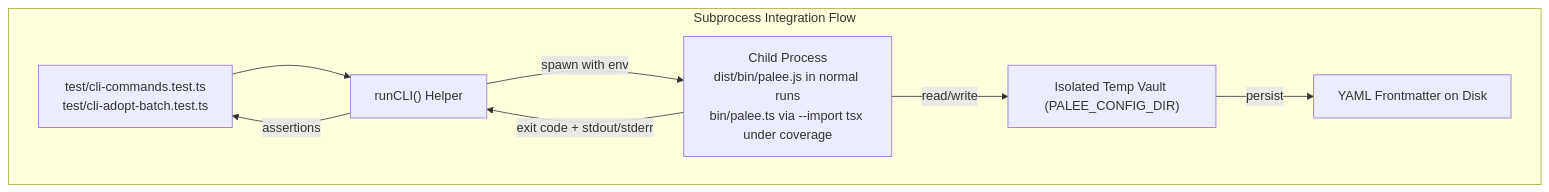
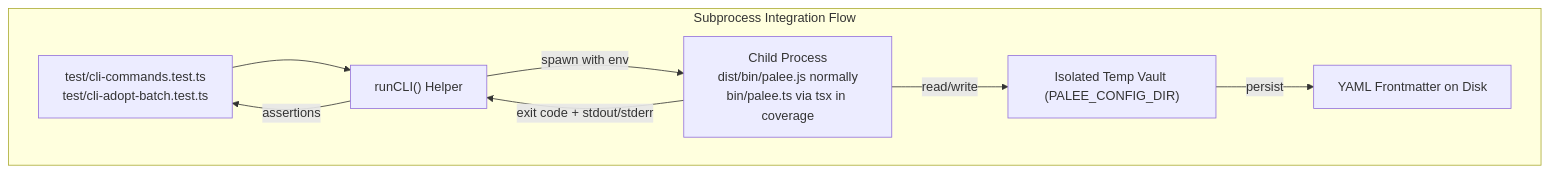
The first of 2 diagrams in docs/06-2-integration-and-smoke-tests.md (Kuldeep2822k/cli), drawn with Mermaid before and after one commit. The commit also changed other lines of this file and 77 other files, not shown here.

````diff
--- a/docs/06-2-integration-and-smoke-tests.md
+++ b/docs/06-2-integration-and-smoke-tests.md
@@ -54,17 +58,17 @@
 ```mermaid
 flowchart TD
     subgraph Subprocess ["Subprocess Integration Flow"]
         TestFile["test/cli-commands.test.ts<br/>test/cli-adopt-batch.test.ts"]
         Helper["runCLI() Helper"]
-        ChildProc["Child Process<br/>dist/bin/palee.js in normal runs<br/>bin/palee.ts via --import tsx under coverage"]
+        ChildProc["Child Process<br/>dist/bin/palee.js normally<br/>bin/palee.ts via tsx in coverage"]
         TempVault["Isolated Temp Vault (PALEE_CONFIG_DIR)"]
         Frontmatter["YAML Frontmatter on Disk"]
     end
 
     TestFile --> Helper
     Helper -->|spawn with env| ChildProc
     ChildProc -->|read/write| TempVault
     TempVault -->|persist| Frontmatter
     ChildProc -->|exit code + stdout/stderr| Helper
     Helper -->|assertions| TestFile
 ```
````
